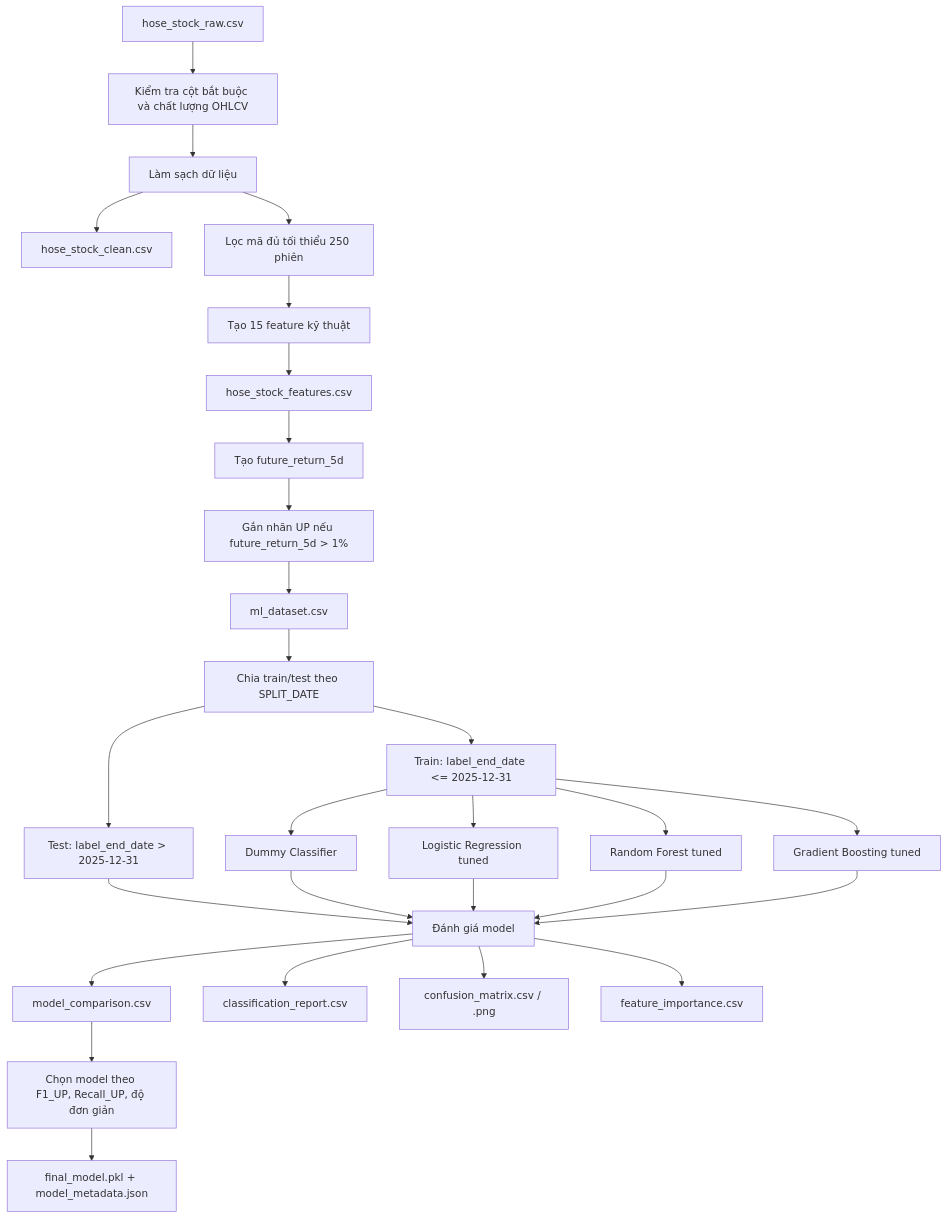
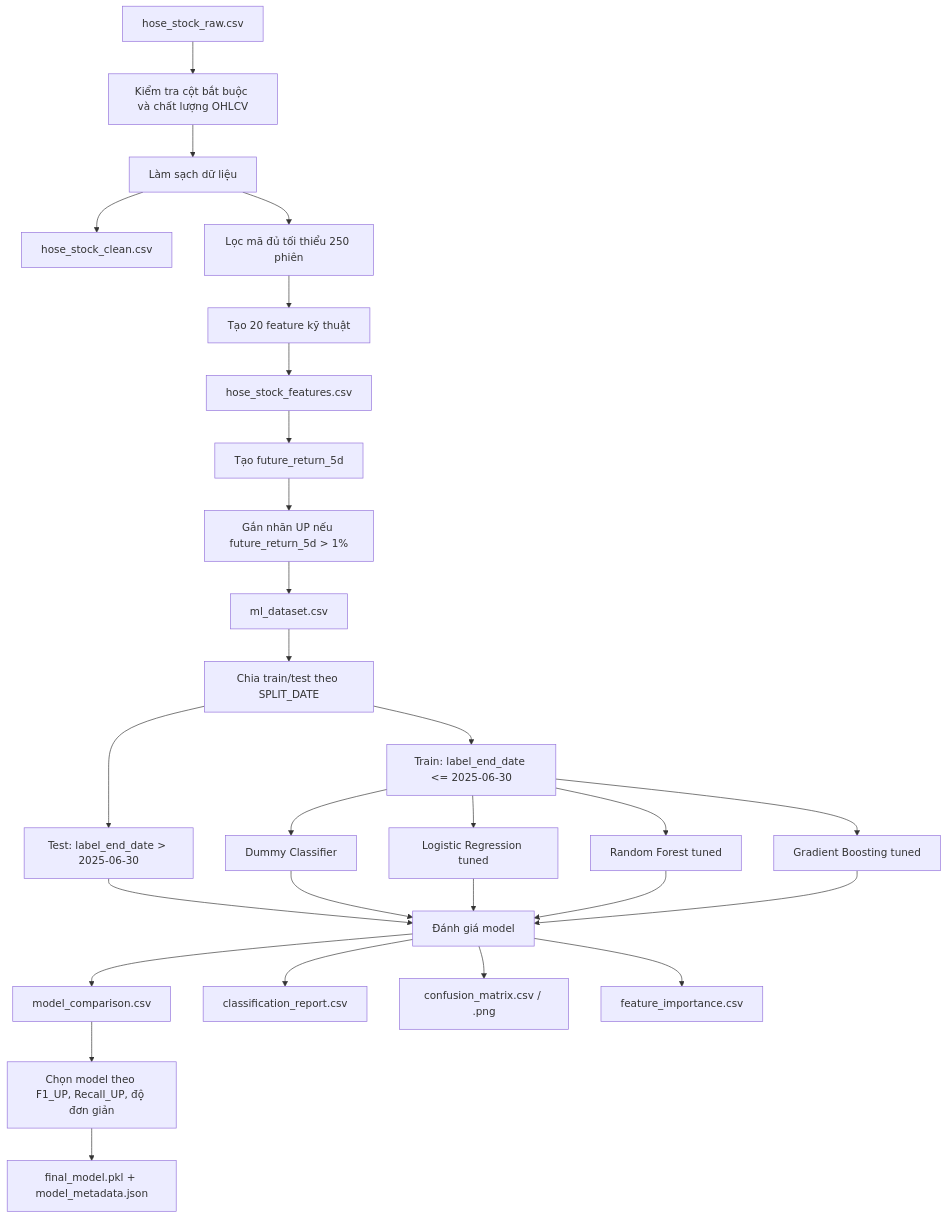
Before and after one commit to human6004/stock-prediction-ml: the second of 3 diagrams in docs/SO_DO_KIEN_TRUC_HE_THONG.md, drawn with Mermaid. The commit also changed other lines of this file and 20 other files, not shown here.

````diff
--- a/docs/SO_DO_KIEN_TRUC_HE_THONG.md
+++ b/docs/SO_DO_KIEN_TRUC_HE_THONG.md
@@ -51,30 +51,30 @@
 ```mermaid
 flowchart TD
     A["hose_stock_raw.csv"] --> B["Kiểm tra cột bắt buộc và chất lượng OHLCV"]
     B --> C["Làm sạch dữ liệu"]
     C --> D["hose_stock_clean.csv"]
     C --> E["Lọc mã đủ tối thiểu 250 phiên"]
-    E --> F["Tạo 15 feature kỹ thuật"]
+    E --> F["Tạo 20 feature kỹ thuật"]
     F --> G["hose_stock_features.csv"]
     G --> H["Tạo future_return_5d"]
     H --> I["Gắn nhãn UP nếu future_return_5d > 1%"]
     I --> J["ml_dataset.csv"]
     J --> K["Chia train/test theo SPLIT_DATE"]
-    K --> L["Train: label_end_date <= 2025-12-31"]
-    K --> M["Test: label_end_date > 2025-12-31"]
+    K --> L["Train: label_end_date <= 2025-06-30"]
+    K --> M["Test: label_end_date > 2025-06-30"]
     L --> N["Dummy Classifier"]
     L --> O["Logistic Regression tuned"]
     L --> P["Random Forest tuned"]
     L --> Q["Gradient Boosting tuned"]
     M --> R["Đánh giá model"]
     N --> R
     O --> R
     P --> R
     Q --> R
     R --> S["model_comparison.csv"]
     R --> T["classification_report.csv"]
     R --> U["confusion_matrix.csv / .png"]
     R --> V["feature_importance.csv"]
     S --> W["Chọn model theo F1_UP, Recall_UP, độ đơn giản"]
     W --> X["final_model.pkl + model_metadata.json"]
 ```
````
